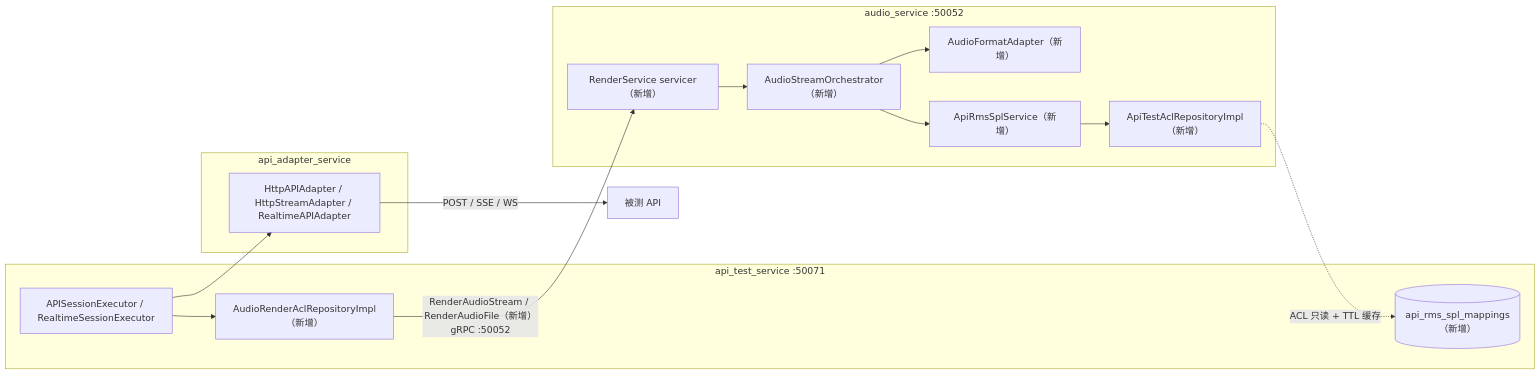
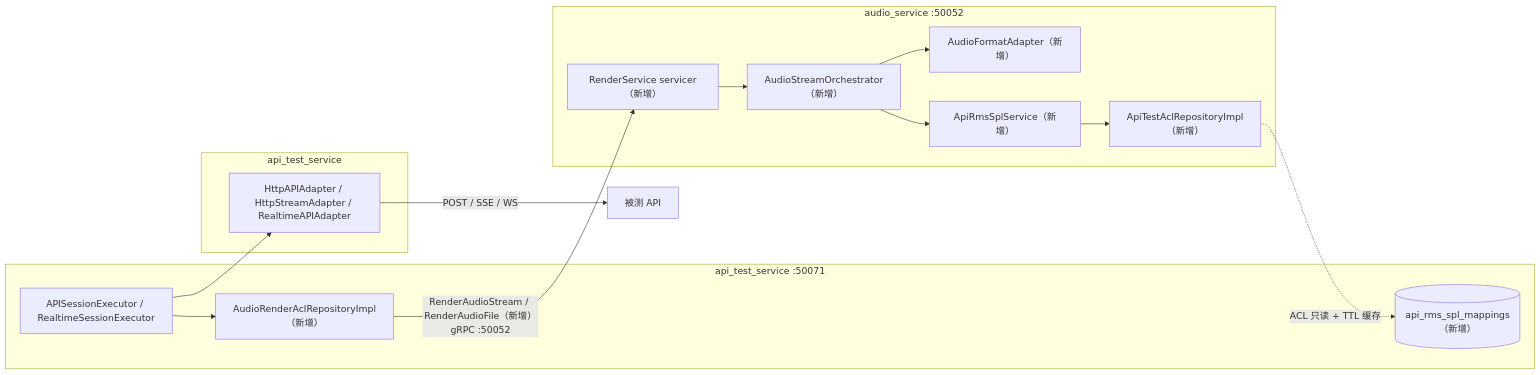
Before and after one commit to ydz-auto/intelligent_audio_test: the first of 2 diagrams in Intelligent-Audio-TEST/doc/功能设计文档/01_测试执行/08_混音与SPL映射.md, drawn with Mermaid. The commit also changed other lines of this file and 164 other files, not shown here.

First line of the commit message:
INT-1176: 重构·API适配·实施——api_adapter_service 删除实施：HTTP 执行内嵌 api_test_service（迁移+删除）

````diff
--- a/Intelligent-Audio-TEST/doc/功能设计文档/01_测试执行/08_混音与SPL映射.md
+++ b/Intelligent-Audio-TEST/doc/功能设计文档/01_测试执行/08_混音与SPL映射.md
@@ -35,27 +35,27 @@
 ```mermaid
 flowchart LR
     subgraph api_test_service_50071[api_test_service :50071]
         EX[APISessionExecutor / RealtimeSessionExecutor]
         ACLR[AudioRenderAclRepositoryImpl（新增）]
         MAPDB[(api_rms_spl_mappings（新增）)]
     end
     subgraph audio_service_50052[audio_service :50052]
         RS[RenderService servicer（新增）]
         ORCH[AudioStreamOrchestrator（新增）]
         FA[AudioFormatAdapter（新增）]
         ASPL[ApiRmsSplService（新增）]
         ACLT[ApiTestAclRepositoryImpl（新增）]
     end
-    subgraph api_adapter_service[api_adapter_service]
+    subgraph api_test_service[api_test_service]
         AD[HttpAPIAdapter / HttpStreamAdapter / RealtimeAPIAdapter]
     end
     EX --> ACLR
     ACLR -->|"RenderAudioStream / RenderAudioFile（新增）<br/>gRPC :50052"| RS
     RS --> ORCH
     ORCH --> FA
     ORCH --> ASPL
     ASPL --> ACLT
     ACLT -.->|"ACL 只读 + TTL 缓存"| MAPDB
     EX --> AD
     AD -->|"POST / SSE / WS"| API[被测 API]
 ```
````
